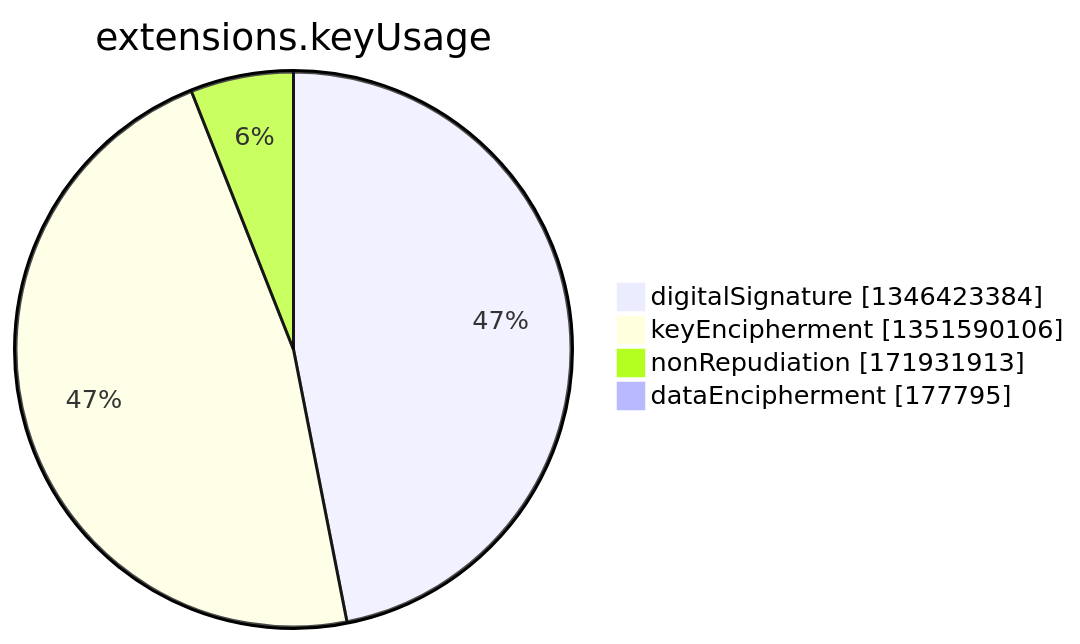
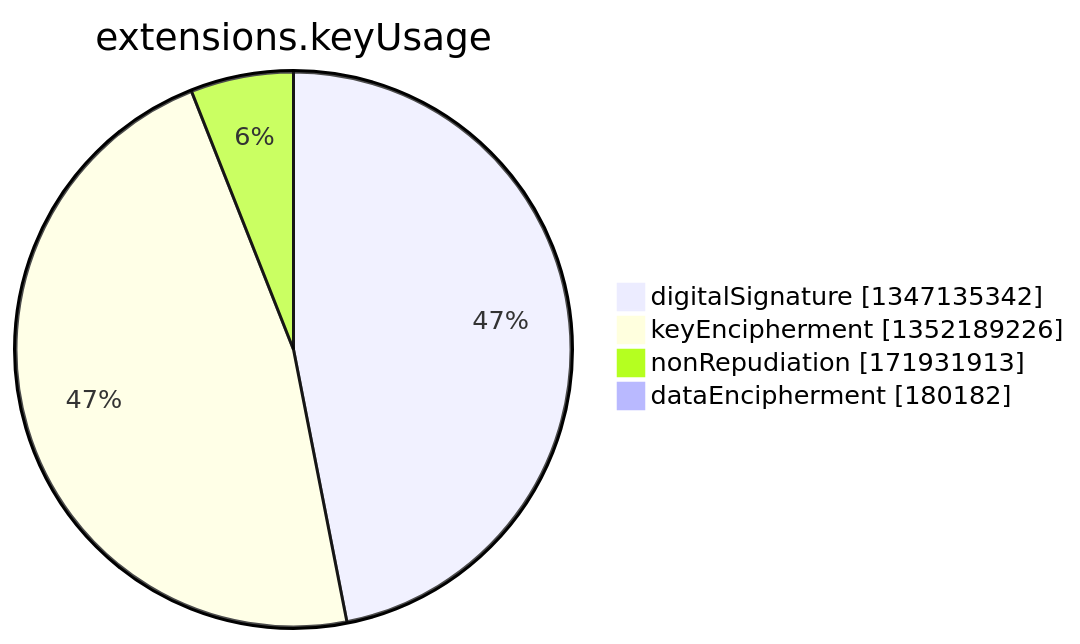
The seventh of 15 diagrams in argon2022/README.md (christiankrug/ctmonitor_visualization), drawn with Mermaid before and after one commit. The commit also changed other lines of this file, not shown here.

````diff
--- a/argon2022/README.md
+++ b/argon2022/README.md
@@ -2750,8 +2750,8 @@
 ```mermaid
 pie showData
 title extensions.keyUsage
-"digitalSignature" :1346423384
-"keyEncipherment" :1351590106
+"digitalSignature" :1347135342
+"keyEncipherment" :1352189226
 "nonRepudiation" :171931913
-"dataEncipherment" :177795
+"dataEncipherment" :180182
 ```
````
